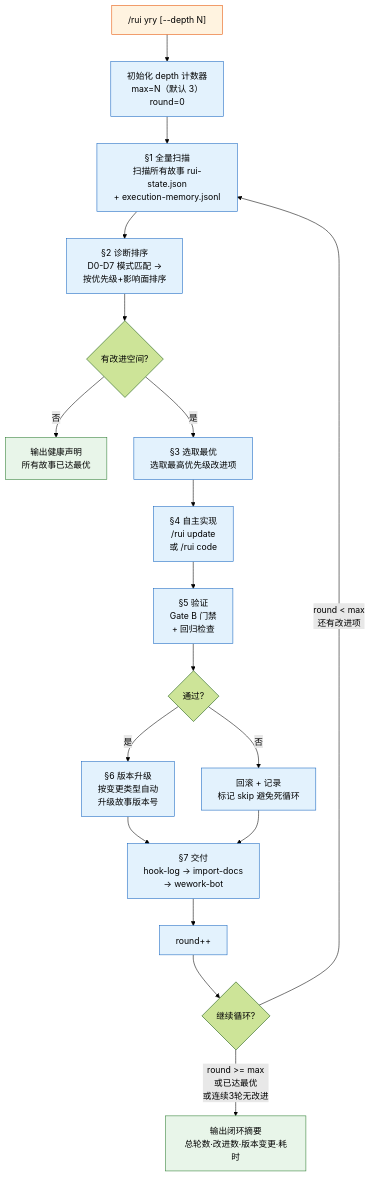
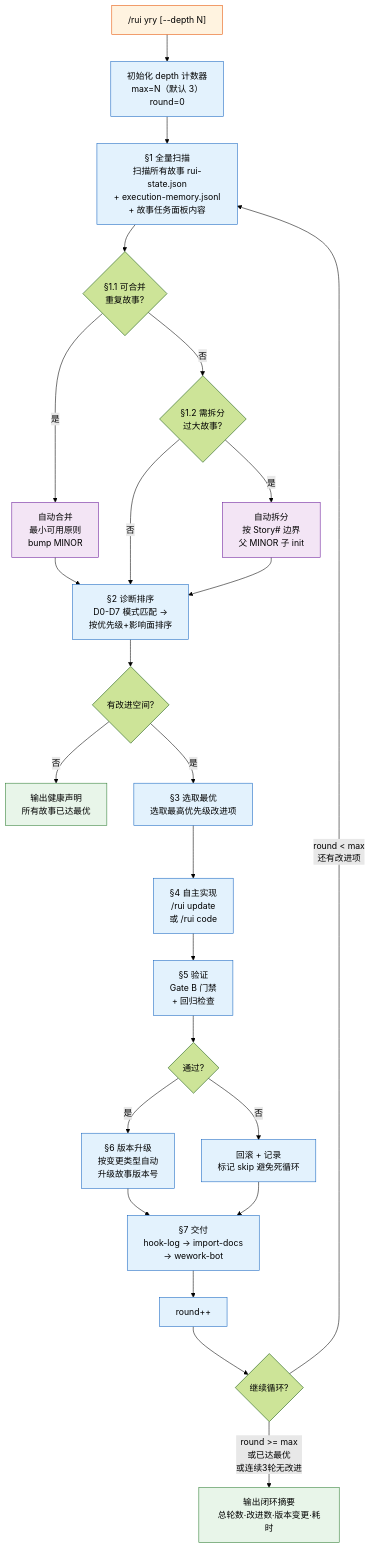
The ninth of 16 diagrams in skills/rui/SKILL.md (effiy/YrY), drawn with Mermaid (forest theme) before and after one commit. The commit also changed other lines of this file and 3 other files, not shown here.

First line of the commit message:
refactor: merge/split 迁移至 yry 自改进闭环自动执行

````diff
--- a/skills/rui/SKILL.md
+++ b/skills/rui/SKILL.md
@@ -497,24 +497,31 @@
 ```mermaid
 flowchart TD
     START["/rui yry [--depth N]"]:::entry --> INIT["初始化 depth 计数器<br/>max=N（默认 3）<br/>round=0"]:::s
-    INIT --> SCAN["§1 全量扫描<br/>扫描所有故事 rui-state.json<br/>+ execution-memory.jsonl"]:::s
-    SCAN --> DIAG["§2 诊断排序<br/>D0-D7 模式匹配 →<br/>按优先级+影响面排序"]:::s
+    INIT --> SCAN["§1 全量扫描<br/>扫描所有故事 rui-state.json<br/>+ execution-memory.jsonl<br/>+ 故事任务面板内容"]:::s
+    SCAN --> MERGE_CHECK{"§1.1 可合并<br/>重复故事?"}
+    MERGE_CHECK -->|"是"| AUTO_MERGE["自动合并<br/>最小可用原则<br/>bump MINOR"]:::op
+    MERGE_CHECK -->|"否"| SPLIT_CHECK{"§1.2 需拆分<br/>过大故事?"}
+    SPLIT_CHECK -->|"是"| AUTO_SPLIT["自动拆分<br/>按 Story# 边界<br/>父 MINOR 子 init"]:::op
+    AUTO_MERGE --> DIAG
+    SPLIT_CHECK -->|"否"| DIAG["§2 诊断排序<br/>D0-D7 模式匹配 →<br/>按优先级+影响面排序"]:::s
+    AUTO_SPLIT --> DIAG
     DIAG --> CHECK{"有改进空间?"}
     CHECK -->|"否"| DONE["输出健康声明<br/>所有故事已达最优"]:::out
     CHECK -->|"是"| PICK["§3 选取最优<br/>选取最高优先级改进项"]:::s
     PICK --> IMPL["§4 自主实现<br/>/rui update <name><br/>或 /rui code <name>"]:::s
     IMPL --> VERIFY["§5 验证<br/>Gate B 门禁<br/>+ 回归检查"]:::s
     VERIFY --> VER{"通过?"}
     VER -->|"是"| BUMP["§6 版本升级<br/>按变更类型自动<br/>升级故事版本号"]:::s
     VER -->|"否"| ROLLBACK["回滚 + 记录<br/>标记 skip 避免死循环"]:::s
     BUMP --> DELIVER["§7 交付<br/>hook-log → import-docs<br/>→ wework-bot"]:::s
     ROLLBACK --> DELIVER
     DELIVER --> INC["round++"]:::s
     INC --> LOOP{"继续循环?"}
     LOOP -->|"round < max<br/>还有改进项"| SCAN
     LOOP -->|"round >= max<br/>或已达最优<br/>或连续3轮无改进"| END["输出闭环摘要<br/>总轮数·改进数·版本变更·耗时"]:::out
 
     classDef entry fill:#fff3e0,stroke:#e65100;
     classDef s fill:#e3f2fd,stroke:#1565c0;
     classDef out fill:#e8f5e9,stroke:#2e7d32;
+    classDef op fill:#f3e5f5,stroke:#6a1b9a;
 ```
````
